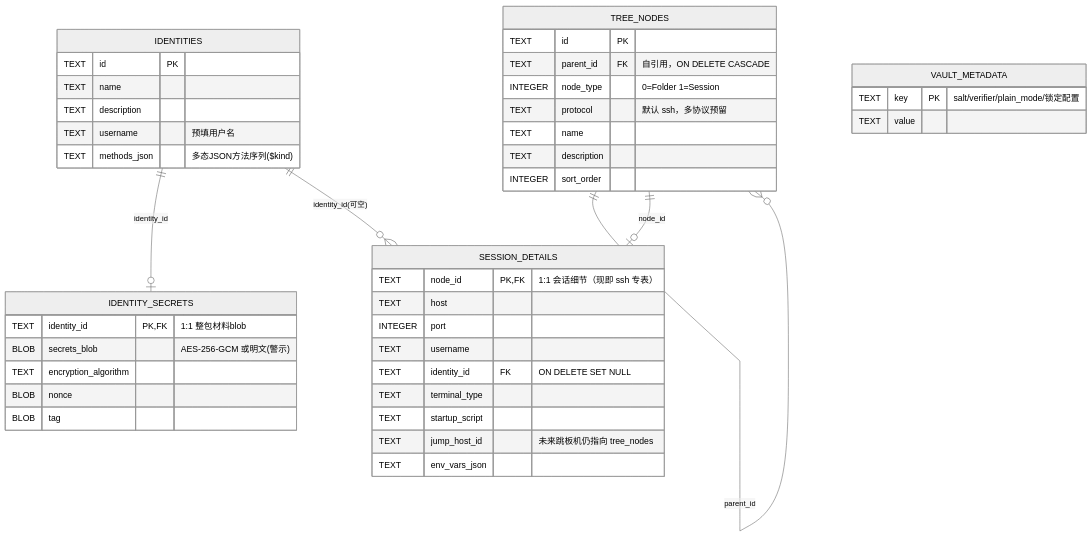
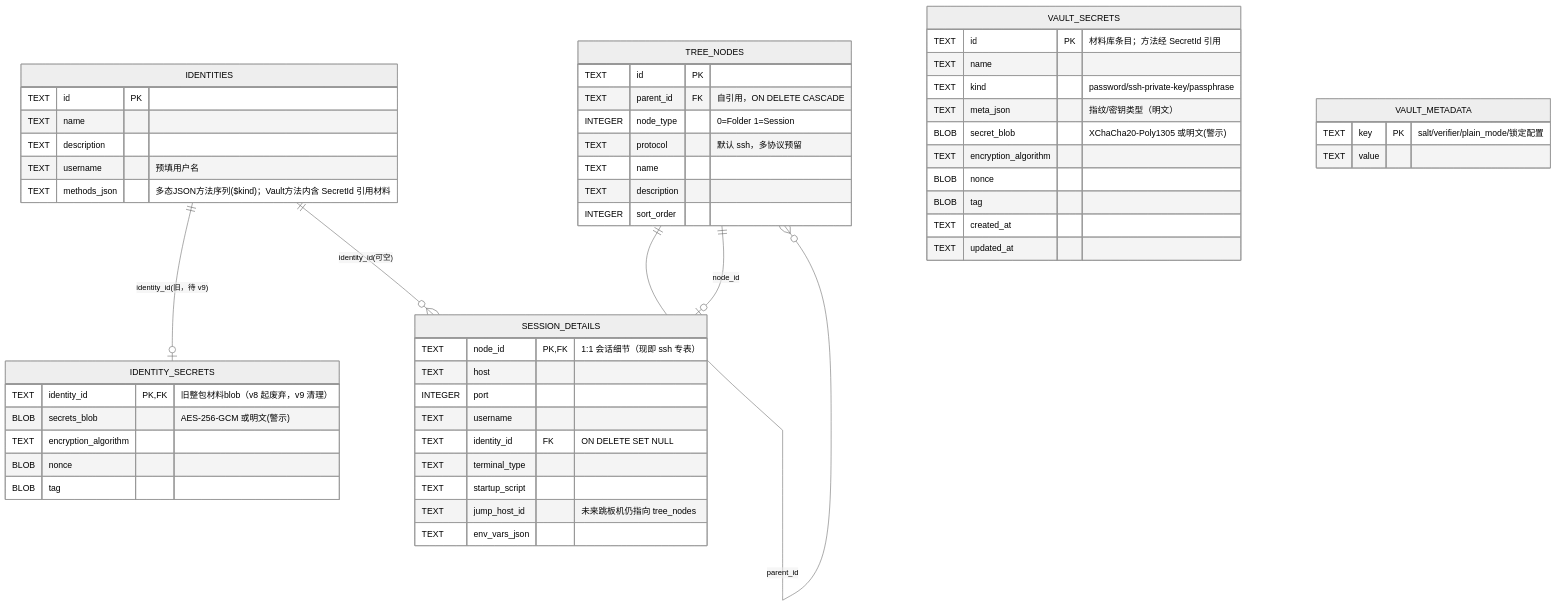
One commit to chisaato/KeiTerm changed the fourth of 4 diagrams in docs/design/06-identity-and-auth.md. Above: the diagram before and after it, drawn with Mermaid (neutral theme). The commit also changed other lines of this file and 70 other files, not shown here.

````diff
--- a/docs/design/06-identity-and-auth.md
+++ b/docs/design/06-identity-and-auth.md
@@ -224,46 +256,58 @@
 ```mermaid
 erDiagram
     TREE_NODES {
         TEXT id PK
         TEXT parent_id FK "自引用，ON DELETE CASCADE"
         INTEGER node_type "0=Folder 1=Session"
         TEXT protocol "默认 ssh，多协议预留"
         TEXT name
         TEXT description
         INTEGER sort_order
     }
     SESSION_DETAILS {
         TEXT node_id PK,FK "1:1 会话细节（现即 ssh 专表）"
         TEXT host
         INTEGER port
         TEXT username
         TEXT identity_id FK "ON DELETE SET NULL"
         TEXT terminal_type
         TEXT startup_script
         TEXT jump_host_id "未来跳板机仍指向 tree_nodes"
         TEXT env_vars_json
     }
     IDENTITIES {
         TEXT id PK
         TEXT name
         TEXT description
         TEXT username "预填用户名"
-        TEXT methods_json "多态JSON方法序列($kind)"
+        TEXT methods_json "多态JSON方法序列($kind)；Vault方法内含 SecretId 引用材料"
     }
     IDENTITY_SECRETS {
-        TEXT identity_id PK,FK "1:1 整包材料blob"
+        TEXT identity_id PK,FK "旧整包材料blob（v8 起废弃，v9 清理）"
         BLOB secrets_blob "AES-256-GCM 或明文(警示)"
         TEXT encryption_algorithm
         BLOB nonce
         BLOB tag
+    }
+    VAULT_SECRETS {
+        TEXT id PK "材料库条目；方法经 SecretId 引用"
+        TEXT name
+        TEXT kind "password/ssh-private-key/passphrase"
+        TEXT meta_json "指纹/密钥类型（明文）"
+        BLOB secret_blob "XChaCha20-Poly1305 或明文(警示)"
+        TEXT encryption_algorithm
+        BLOB nonce
+        BLOB tag
+        TEXT created_at
+        TEXT updated_at
     }
     VAULT_METADATA {
         TEXT key PK "salt/verifier/plain_mode/锁定配置"
         TEXT value
     }
 
     TREE_NODES ||--o{ TREE_NODES : "parent_id"
     TREE_NODES ||--o| SESSION_DETAILS : "node_id"
-    IDENTITIES ||--o| IDENTITY_SECRETS : "identity_id"
+    IDENTITIES ||--o| IDENTITY_SECRETS : "identity_id(旧，待 v9)"
     IDENTITIES ||--o{ SESSION_DETAILS : "identity_id(可空)"
 ```
````
